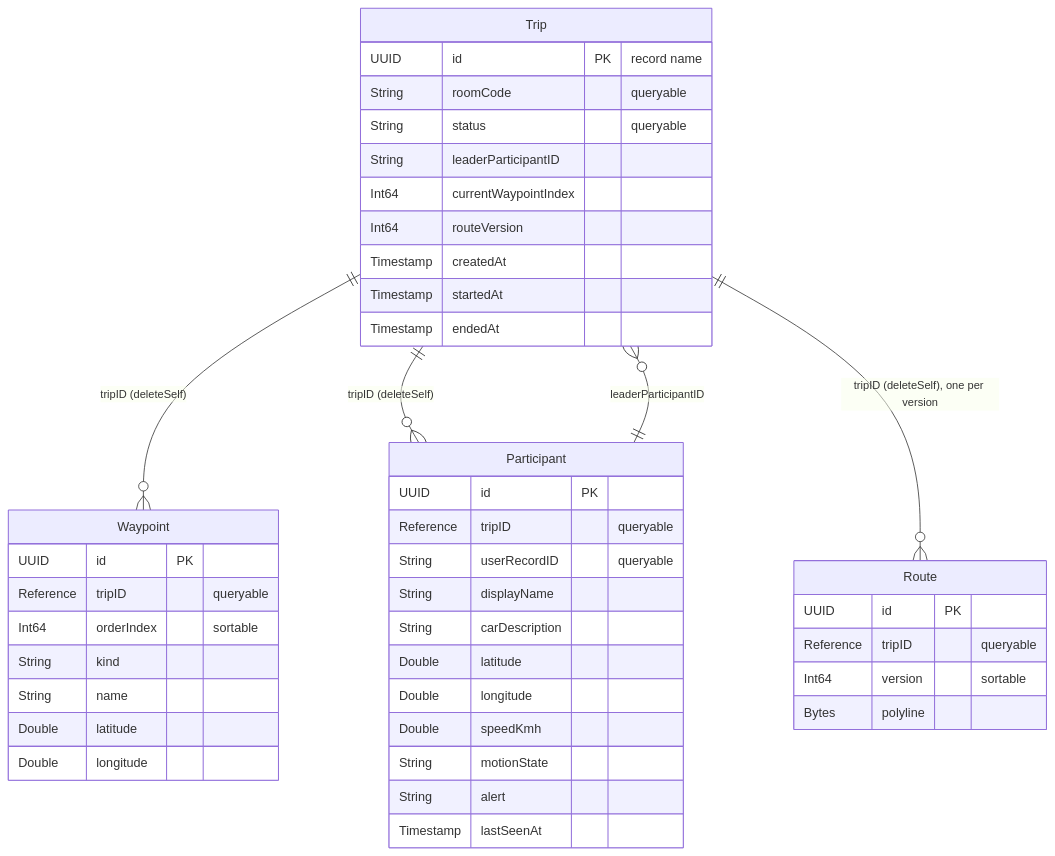
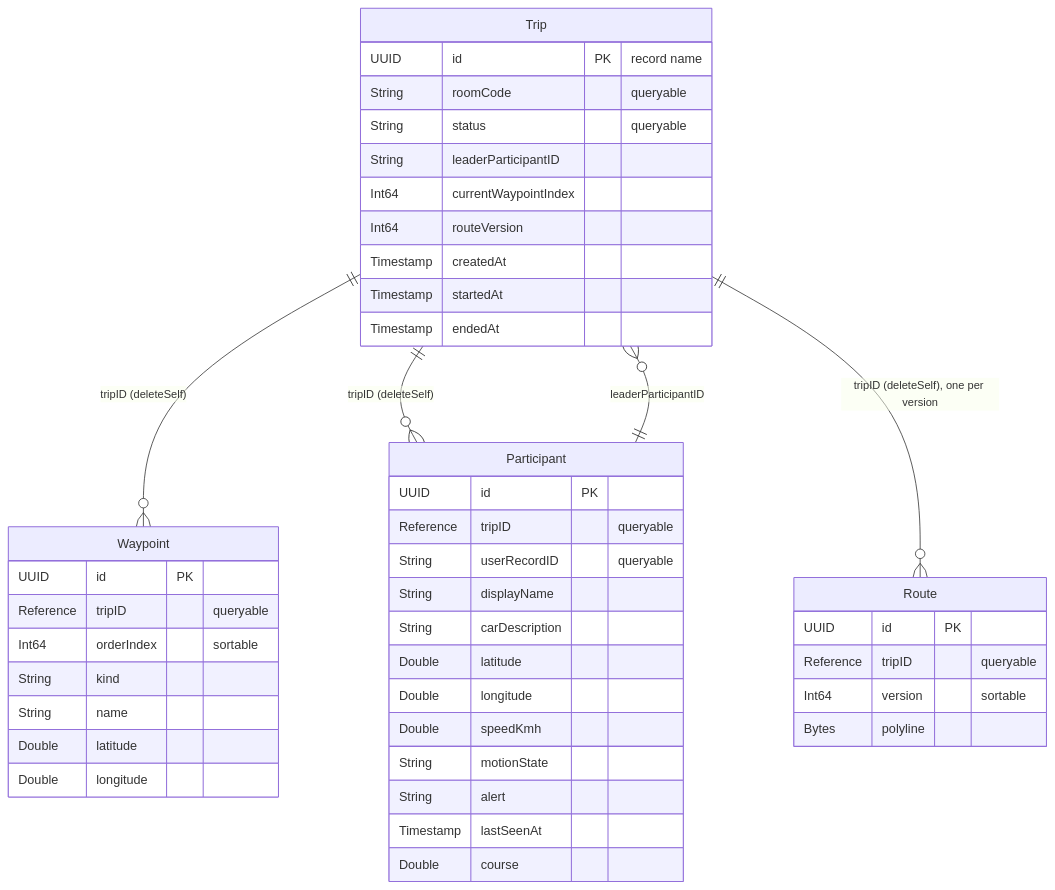
Before and after one commit to C5-M3/Lezgo: the diagram in CloudKit/TripSync.md, drawn with Mermaid. The commit also changed other lines of this file and 12 other files, not shown here.

````diff
--- a/CloudKit/TripSync.md
+++ b/CloudKit/TripSync.md
@@ -292,47 +293,48 @@
 ```mermaid
 erDiagram
     Trip ||--o{ Waypoint : "tripID (deleteSelf)"
     Trip ||--o{ Participant : "tripID (deleteSelf)"
     Trip ||--o{ Route : "tripID (deleteSelf), one per version"
     Trip }o--|| Participant : "leaderParticipantID"
 
     Trip {
         UUID id PK "record name"
         String roomCode "queryable"
         String status "queryable"
         String leaderParticipantID
         Int64 currentWaypointIndex
         Int64 routeVersion
         Timestamp createdAt
         Timestamp startedAt
         Timestamp endedAt
     }
     Waypoint {
         UUID id PK
         Reference tripID "queryable"
         Int64 orderIndex "sortable"
         String kind
         String name
         Double latitude
         Double longitude
     }
     Participant {
         UUID id PK
         Reference tripID "queryable"
         String userRecordID "queryable"
         String displayName
         String carDescription
         Double latitude
         Double longitude
         Double speedKmh
         String motionState
         String alert
         Timestamp lastSeenAt
+        Double course
     }
     Route {
         UUID id PK
         Reference tripID "queryable"
         Int64 version "sortable"
         Bytes polyline
     }
 ```
````
